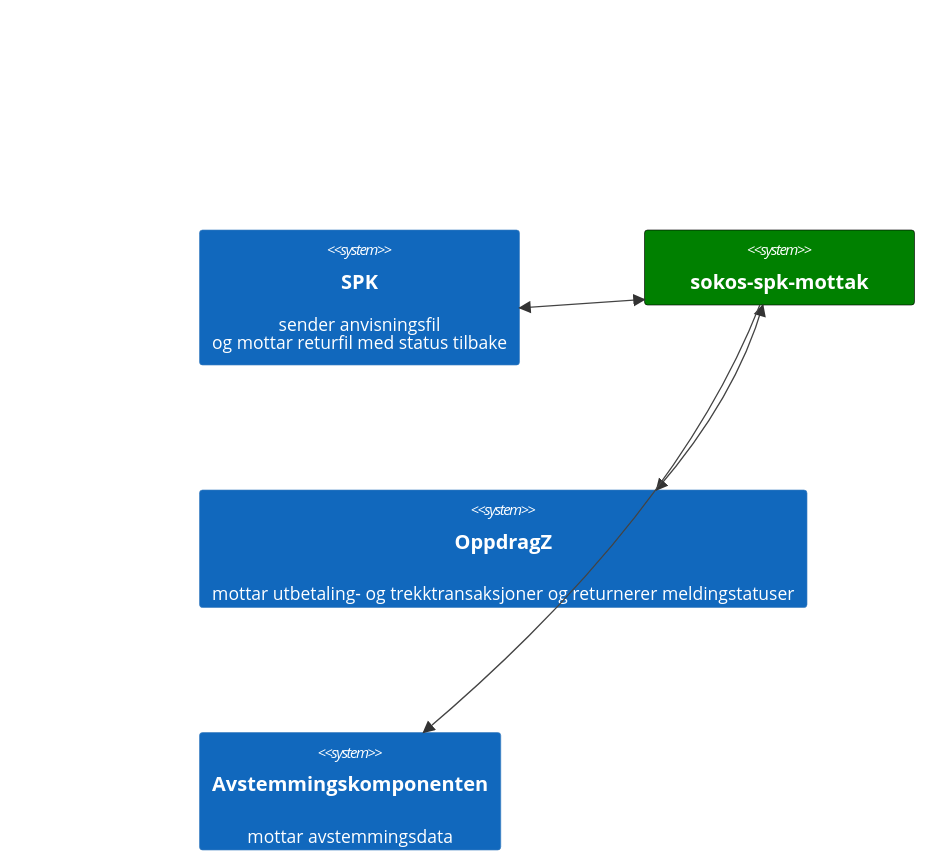
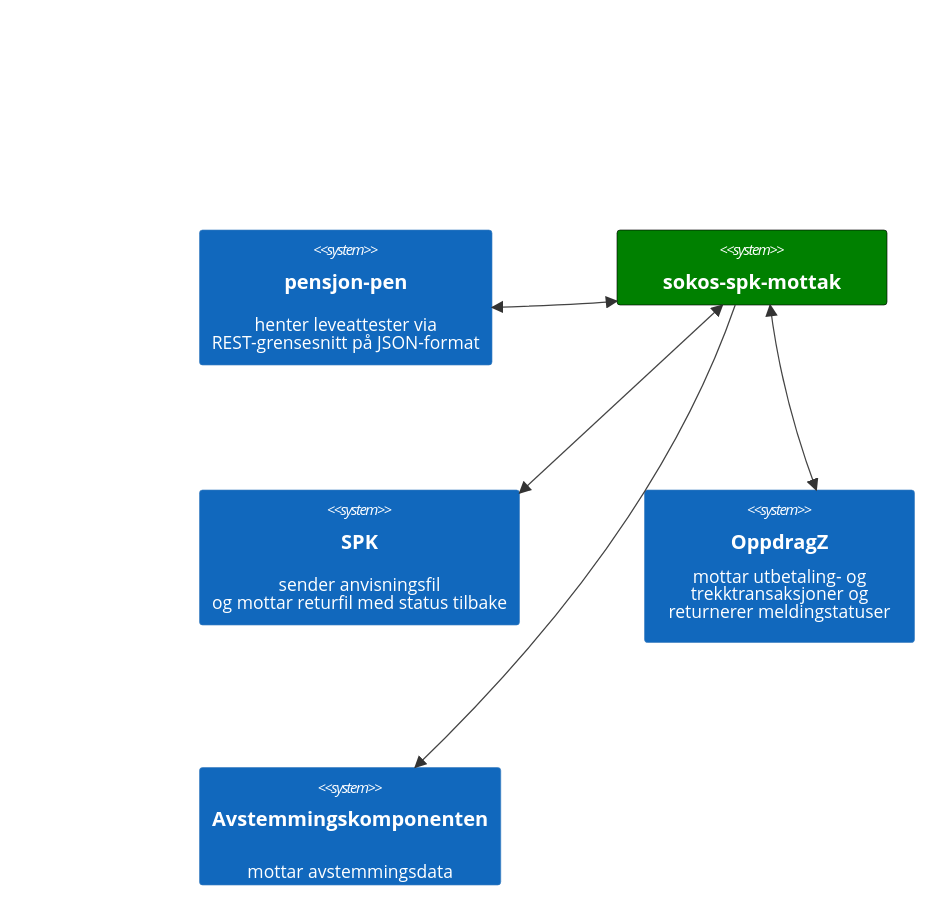
The diagram in dokumentasjon/løsningsbeskrivelse/overordnet/avhengighetskart.md (navikt/sokos-spk-mottak), drawn with Mermaid before and after one commit. The commit also changed 3 other files, not shown here.

`````diff
--- a/dokumentasjon/løsningsbeskrivelse/overordnet/avhengighetskart.md
+++ b/dokumentasjon/løsningsbeskrivelse/overordnet/avhengighetskart.md
@@ -3,12 +3,15 @@
 ````mermaid
     C4Context
     UpdateLayoutConfig($c4ShapeInRow="2", $c4BoundaryInRow="2")
+    System(pensjon-pen, "pensjon-pen", "henter leveattester via <br>REST-grensesnitt på JSON-format")
+    System(sokos-spk-mottak, "sokos-spk-mottak")
+    System(sokos-spk-mottak, "sokos-spk-mottak")
     System(spk, "SPK", "sender anvisningsfil<br>og mottar returfil med status tilbake")
-    System(sokos-spk-mottak, "sokos-spk-mottak", "")
     UpdateElementStyle(sokos-spk-mottak, $fontColor="white", $bgColor="green", $borderColor="black")
-    System(oppdragZ, "OppdragZ", "mottar utbetaling- og trekktransaksjoner og returnerer meldingstatuser")
+    System(oppdragZ, "OppdragZ", "mottar utbetaling- og <br>trekktransaksjoner og <br>returnerer meldingstatuser")
     System(Avstemming, "Avstemmingskomponenten", "mottar avstemmingsdata")
     BiRel(spk, sokos-spk-mottak, "")
     BiRel(sokos-spk-mottak, oppdragZ, "")
     Rel(sokos-spk-mottak, Avstemming, "")
+    BiRel(sokos-spk-mottak, pensjon-pen, "")
 ````
`````
